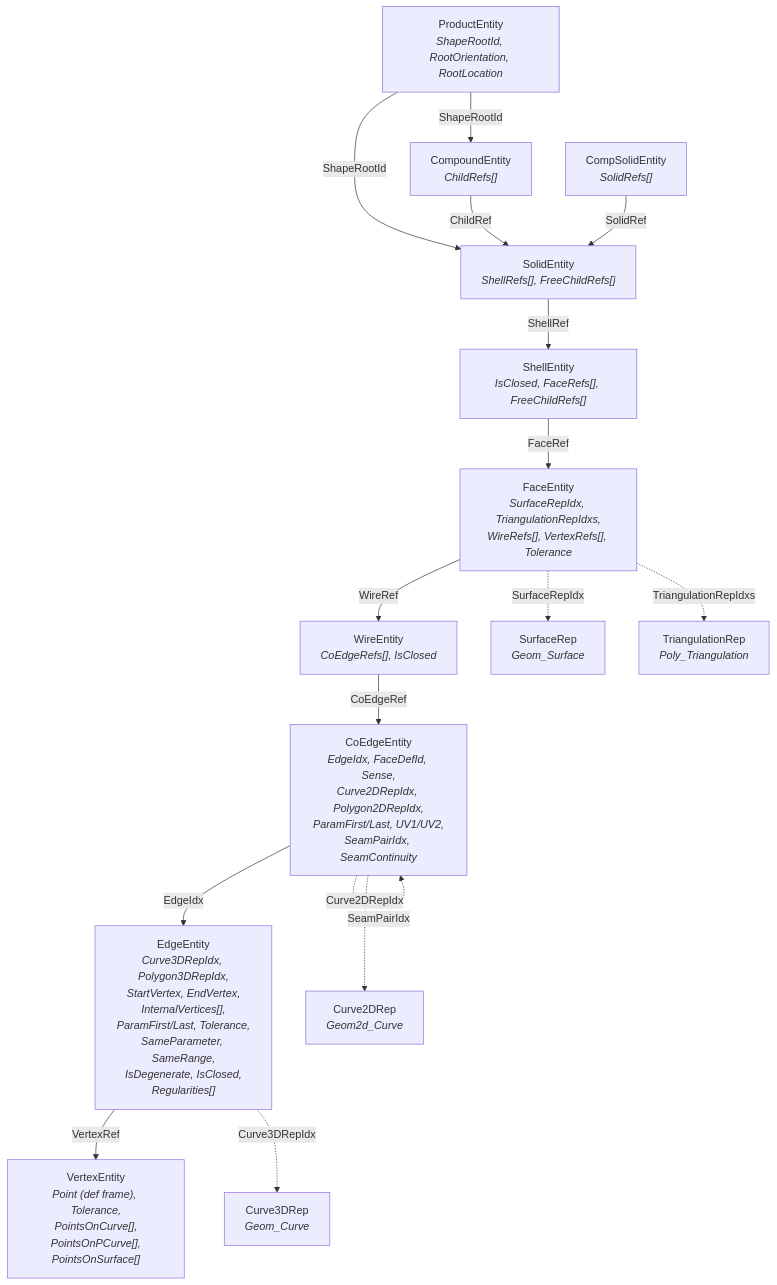
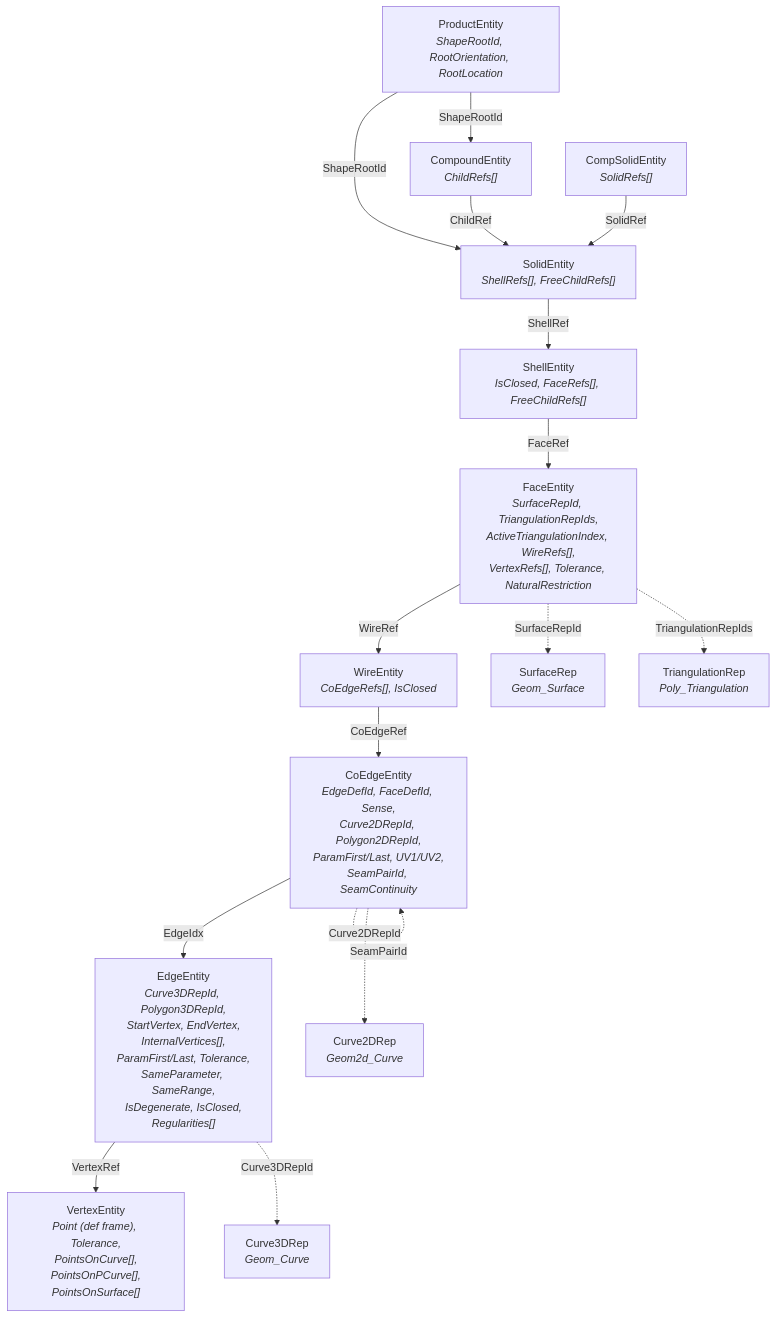
The third of 5 diagrams in src/ModelingData/TKBRep/BRepGraphInc/README.md (Open-Cascade-SAS/OCCT), drawn with Mermaid before and after one commit. The commit also changed other lines of this file and 4 other files, not shown here.

````diff
--- a/src/ModelingData/TKBRep/BRepGraphInc/README.md
+++ b/src/ModelingData/TKBRep/BRepGraphInc/README.md
@@ -86,41 +86,41 @@
 ```mermaid
 graph TD
     Product["ProductEntity<br/><i>ShapeRootId, RootOrientation, RootLocation</i>"]
 
     Compound["CompoundEntity<br/><i>ChildRefs[]</i>"]
     CompSolid["CompSolidEntity<br/><i>SolidRefs[]</i>"]
     Solid["SolidEntity<br/><i>ShellRefs[], FreeChildRefs[]</i>"]
     Shell["ShellEntity<br/><i>IsClosed, FaceRefs[], FreeChildRefs[]</i>"]
 
-    Face["FaceEntity<br/><i>SurfaceRepIdx, TriangulationRepIdxs,<br/>WireRefs[], VertexRefs[], Tolerance</i>"]
+    Face["FaceEntity<br/><i>SurfaceRepId, TriangulationRepIds,<br/>ActiveTriangulationIndex, WireRefs[],<br/>VertexRefs[], Tolerance, NaturalRestriction</i>"]
 
     Wire["WireEntity<br/><i>CoEdgeRefs[], IsClosed</i>"]
 
-    CoEdge["CoEdgeEntity<br/><i>EdgeIdx, FaceDefId, Sense,<br/>Curve2DRepIdx, Polygon2DRepIdx,<br/>ParamFirst/Last, UV1/UV2,<br/>SeamPairIdx, SeamContinuity</i>"]
+    CoEdge["CoEdgeEntity<br/><i>EdgeDefId, FaceDefId, Sense,<br/>Curve2DRepId, Polygon2DRepId,<br/>ParamFirst/Last, UV1/UV2,<br/>SeamPairId, SeamContinuity</i>"]
 
-    Edge["EdgeEntity<br/><i>Curve3DRepIdx, Polygon3DRepIdx,<br/>StartVertex, EndVertex,<br/>InternalVertices[],<br/>ParamFirst/Last, Tolerance,<br/>SameParameter, SameRange,<br/>IsDegenerate, IsClosed,<br/>Regularities[]</i>"]
+    Edge["EdgeEntity<br/><i>Curve3DRepId, Polygon3DRepId,<br/>StartVertex, EndVertex,<br/>InternalVertices[],<br/>ParamFirst/Last, Tolerance,<br/>SameParameter, SameRange,<br/>IsDegenerate, IsClosed,<br/>Regularities[]</i>"]
 
     Vertex["VertexEntity<br/><i>Point (def frame), Tolerance,<br/>PointsOnCurve[],<br/>PointsOnPCurve[],<br/>PointsOnSurface[]</i>"]
 
     SurfRep["SurfaceRep<br/><i>Geom_Surface</i>"]
     C3DRep["Curve3DRep<br/><i>Geom_Curve</i>"]
     C2DRep["Curve2DRep<br/><i>Geom2d_Curve</i>"]
     TriRep["TriangulationRep<br/><i>Poly_Triangulation</i>"]
 
     Product -->|"ShapeRootId"| Compound
     Product -->|"ShapeRootId"| Solid
     Compound -->|"ChildRef"| Solid
     CompSolid -->|"SolidRef"| Solid
     Solid -->|"ShellRef"| Shell
     Shell -->|"FaceRef"| Face
     Face -->|"WireRef"| Wire
     Wire -->|"CoEdgeRef"| CoEdge
     CoEdge -->|"EdgeIdx"| Edge
     Edge -->|"VertexRef"| Vertex
 
-    Face -.->|"SurfaceRepIdx"| SurfRep
-    Face -.->|"TriangulationRepIdxs"| TriRep
-    Edge -.->|"Curve3DRepIdx"| C3DRep
-    CoEdge -.->|"Curve2DRepIdx"| C2DRep
-    CoEdge -.->|"SeamPairIdx"| CoEdge
+    Face -.->|"SurfaceRepId"| SurfRep
+    Face -.->|"TriangulationRepIds"| TriRep
+    Edge -.->|"Curve3DRepId"| C3DRep
+    CoEdge -.->|"Curve2DRepId"| C2DRep
+    CoEdge -.->|"SeamPairId"| CoEdge
 ```
````
